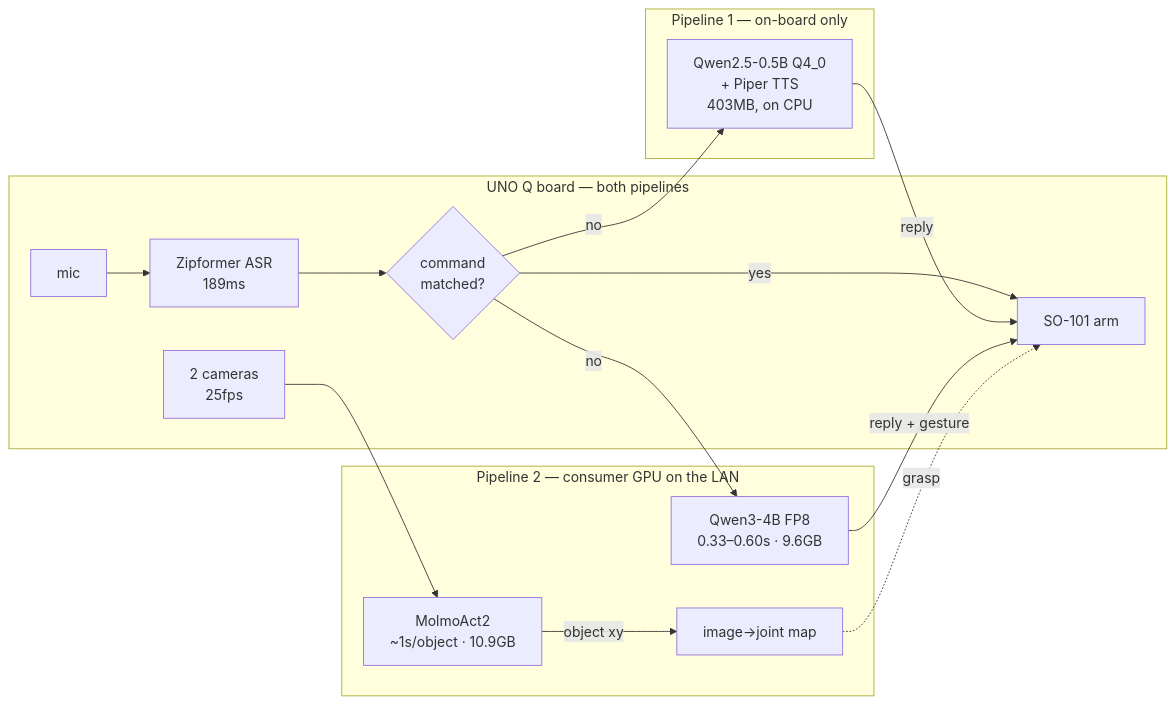
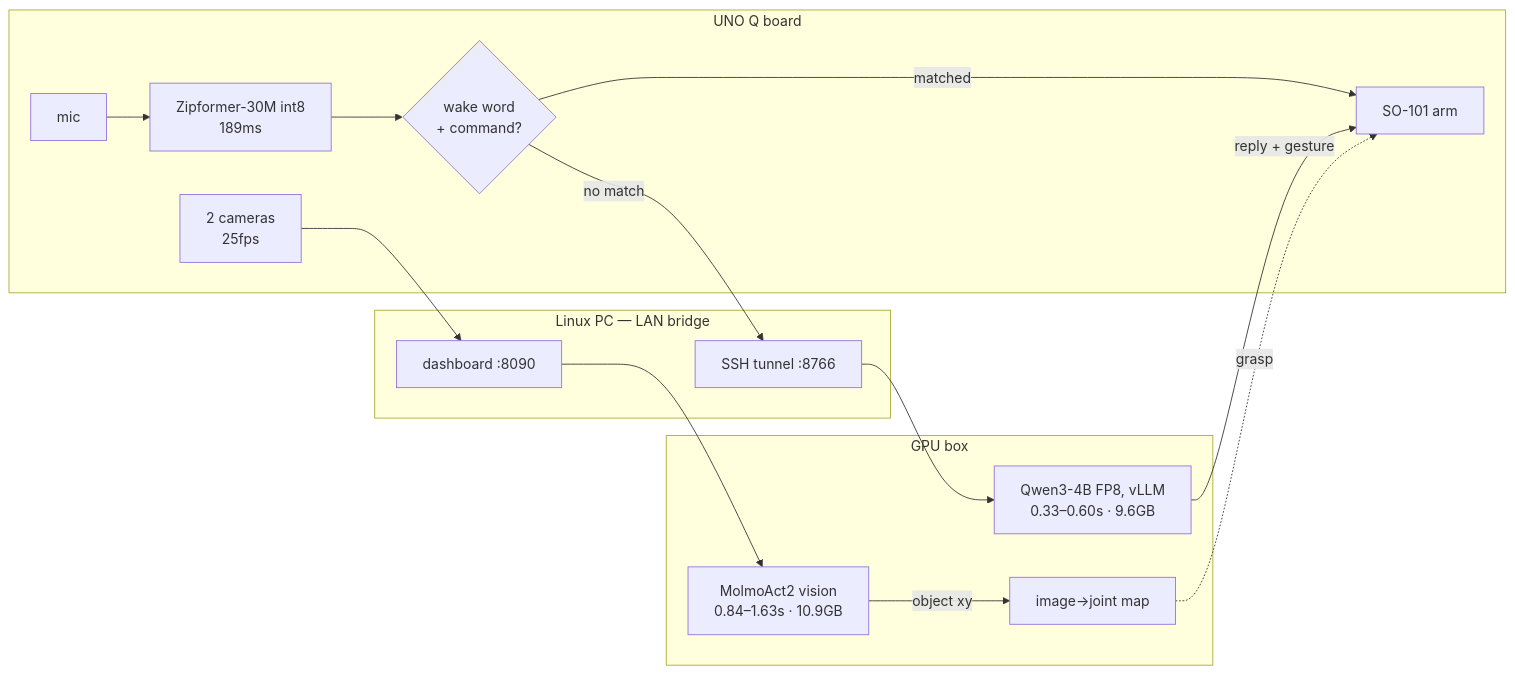
One commit to fountainhead-2207/Qualcom_Mira changed the second of 2 diagrams in README.md. Above: the diagram before and after it, drawn with Mermaid. The commit also changed other lines of this file, not shown here.

First line of the commit message:
Draw each pipeline on its own, and drop the retired wake-word design

````diff
--- a/README.md
+++ b/README.md
@@ -138,23 +148,25 @@
 ```mermaid
 flowchart LR
-    subgraph BOARD["UNO Q board — both pipelines"]
-        MIC["mic"] --> ASR["Zipformer ASR<br>189ms"]
-        ASR --> MATCH{"command<br>matched?"}
-        MATCH -- "yes" --> ARM["SO-101 arm"]
-        CAMS["2 cameras<br>25fps"]
+    subgraph BOARD["UNO Q board"]
+        MIC["mic"] --> ASR["Zipformer-30M int8<br>189ms"]
+        ASR --> MATCH{"wake word<br>+ command?"}
+        MATCH -- "matched" --> ARM["SO-101 arm"]
+        CAM["2 cameras<br>25fps"]
     end
 
-    subgraph P1["Pipeline 1 — on-board only"]
-        LOCAL["Qwen2.5-0.5B Q4_0<br>+ Piper TTS<br>403MB, on CPU"]
+    subgraph PC["Linux PC — LAN bridge"]
+        TUN["SSH tunnel :8766"]
+        DASH["dashboard :8090"]
     end
 
-    subgraph P2["Pipeline 2 — consumer GPU on the LAN"]
-        LLM["Qwen3-4B FP8<br>0.33–0.60s · 9.6GB"]
-        VIS["MolmoAct2<br>~1s/object · 10.9GB"]
+    subgraph GPU["GPU box"]
+        LLM["Qwen3-4B FP8, vLLM<br>0.33–0.60s · 9.6GB"]
+        VIS["MolmoAct2 vision<br>0.84–1.63s · 10.9GB"]
         MAP["image→joint map"]
     end
 
-    MATCH -- "no" --> LOCAL -- "reply" --> ARM
-    MATCH -- "no" --> LLM -- "reply + gesture" --> ARM
-    CAMS --> VIS -- "object xy" --> MAP -. "grasp" .-> ARM
+    MATCH -- "no match" --> TUN --> LLM
+    LLM -- "reply + gesture" --> ARM
+    CAM --> DASH --> VIS
+    VIS -- "object xy" --> MAP -. "grasp" .-> ARM
 ```
````
